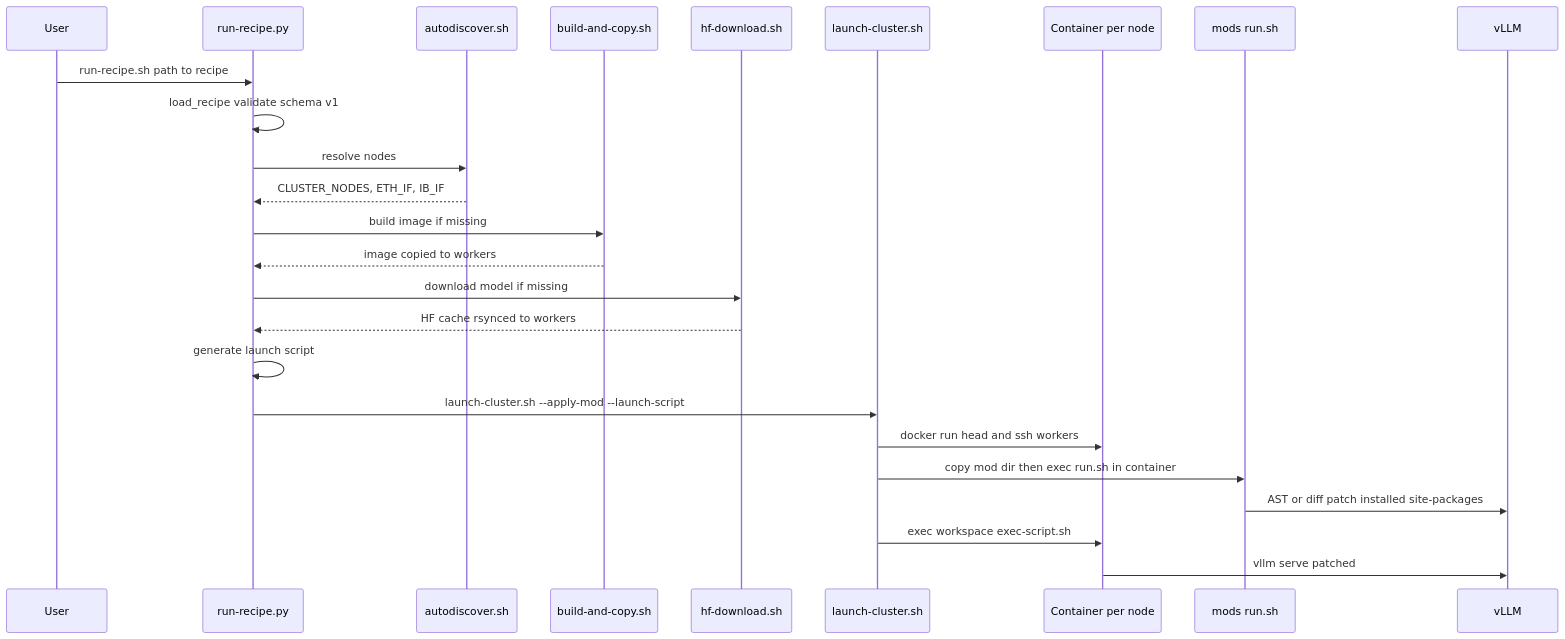
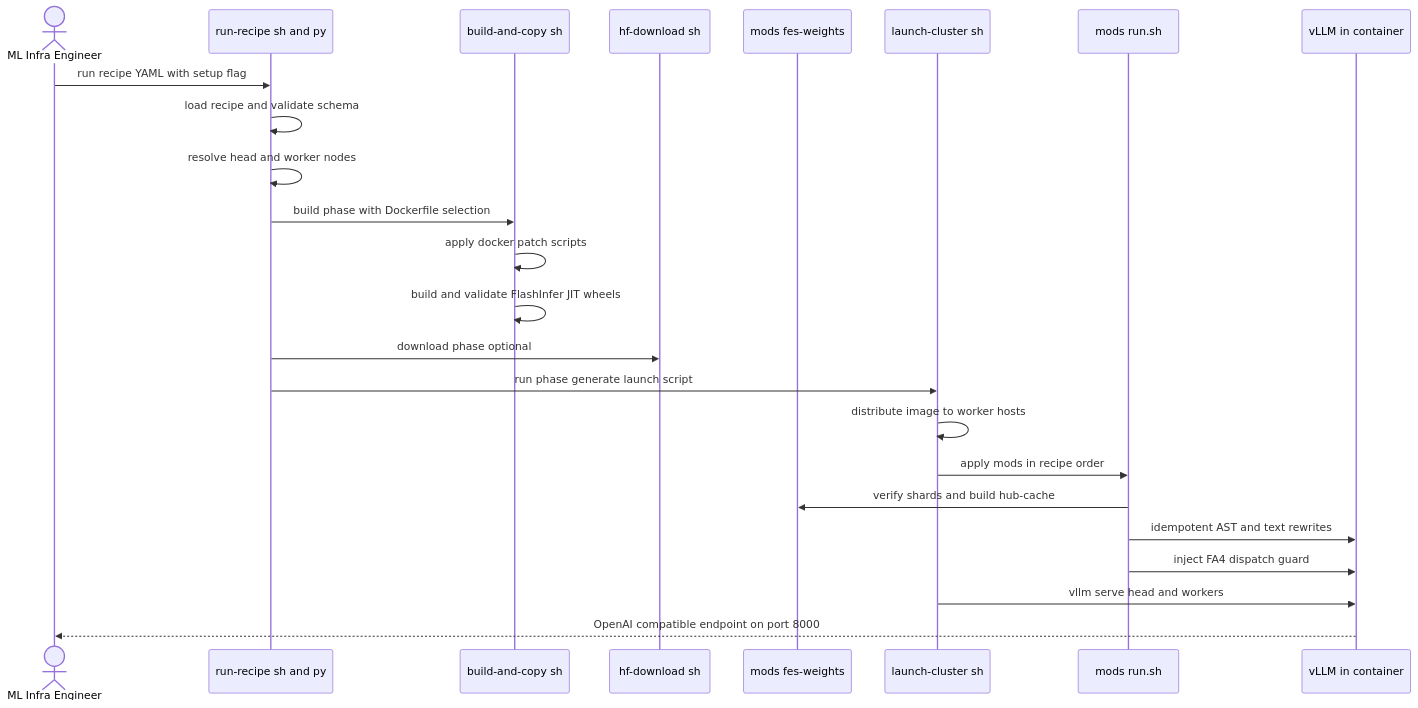
Before and after one commit to jpfulton-fultonengineeringservices/spark-vllm-docker: the sixth of 12 diagrams in deepwiki-rs-docs/2.Architecture.md, drawn with Mermaid. The commit also changed other lines of this file and 156 other files, not shown here.

````diff
--- a/deepwiki-rs-docs/2.Architecture.md
+++ b/deepwiki-rs-docs/2.Architecture.md
@@ -425,28 +495,27 @@
 ```mermaid
 sequenceDiagram
-    participant U as User
-    participant RR as run-recipe.py
-    participant AD as autodiscover.sh
-    participant BC as build-and-copy.sh
-    participant HF as hf-download.sh
-    participant LC as launch-cluster.sh
-    participant C as Container per node
-    participant M as mods run.sh
-    participant V as vLLM
+    actor User as ML Infra Engineer
+    participant RR as run-recipe sh and py
+    participant BC as build-and-copy sh
+    participant HD as hf-download sh
+    participant FW as mods fes-weights
+    participant LC as launch-cluster sh
+    participant MODS as mods run.sh
+    participant VL as vLLM in container
 
-    U->>RR: run-recipe.sh path to recipe
-    RR->>RR: load_recipe validate schema v1
-    RR->>AD: resolve nodes
-    AD-->>RR: CLUSTER_NODES, ETH_IF, IB_IF
-    RR->>BC: build image if missing
-    BC-->>RR: image copied to workers
-    RR->>HF: download model if missing
-    HF-->>RR: HF cache rsynced to workers
-    RR->>RR: generate launch script
-    RR->>LC: launch-cluster.sh --apply-mod --launch-script
-    LC->>C: docker run head and ssh workers
-    LC->>M: copy mod dir then exec run.sh in container
-    M->>V: AST or diff patch installed site-packages
-    LC->>C: exec workspace exec-script.sh
-    C->>V: vllm serve patched
+    User->>RR: run recipe YAML with setup flag
+    RR->>RR: load recipe and validate schema
+    RR->>RR: resolve head and worker nodes
+    RR->>BC: build phase with Dockerfile selection
+    BC->>BC: apply docker patch scripts
+    BC->>BC: build and validate FlashInfer JIT wheels
+    RR->>HD: download phase optional
+    RR->>LC: run phase generate launch script
+    LC->>LC: distribute image to worker hosts
+    LC->>MODS: apply mods in recipe order
+    MODS->>FW: verify shards and build hub-cache
+    MODS->>VL: idempotent AST and text rewrites
+    MODS->>VL: inject FA4 dispatch guard
+    LC->>VL: vllm serve head and workers
+    VL-->>User: OpenAI compatible endpoint on port 8000
 ```
````
